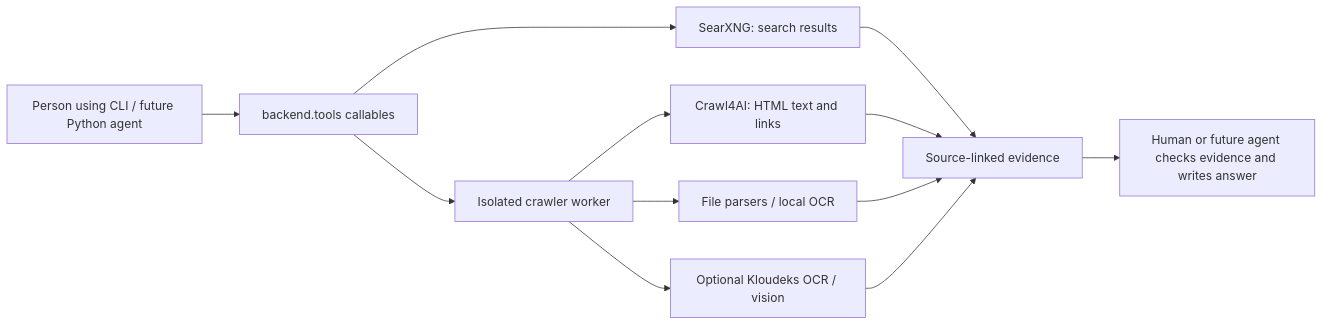
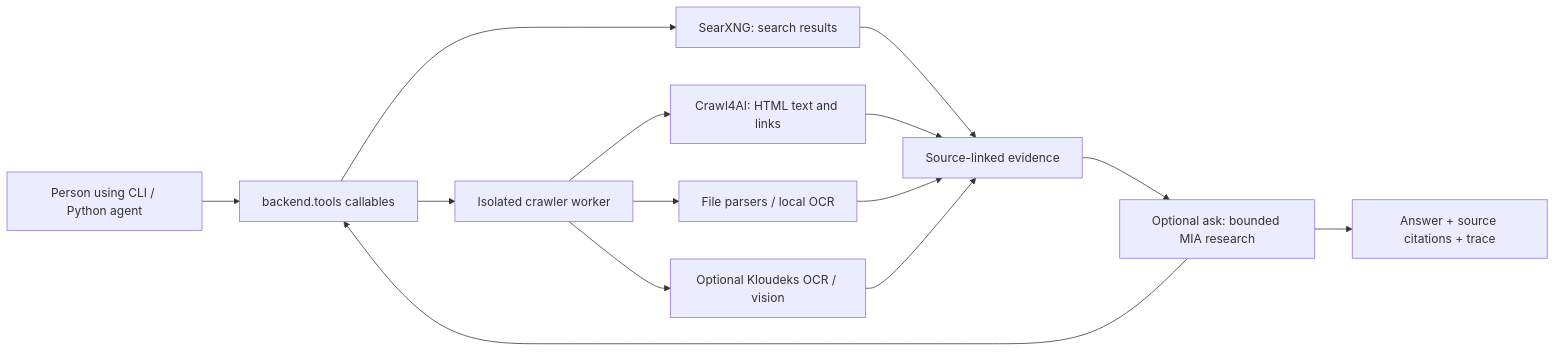
One commit to Erayisci/Agentic_Analysis_Coderspace changed the diagram in extensions/web_tools/README.md. Above: the diagram before and after it, drawn with Mermaid. The commit also changed other lines of this file and 36 other files, not shown here.

````diff
--- a/extensions/web_tools/README.md
+++ b/extensions/web_tools/README.md
@@ -69,14 +77,16 @@
 ```mermaid
 flowchart LR
-    Caller["Person using CLI / future Python agent"] --> Tools["backend.tools callables"]
+    Caller["Person using CLI / Python agent"] --> Tools["backend.tools callables"]
+    Research["Optional ask: bounded MIA research"] --> Tools
     Tools --> Search["SearXNG: search results"]
     Tools --> Worker["Isolated crawler worker"]
     Worker --> HTML["Crawl4AI: HTML text and links"]
     Worker --> Files["File parsers / local OCR"]
     Worker --> Model["Optional Kloudeks OCR / vision"]
     Search --> Evidence["Source-linked evidence"]
     HTML --> Evidence
     Files --> Evidence
     Model --> Evidence
-    Evidence --> Answer["Human or future agent checks evidence and writes answer"]
+    Evidence --> Research
+    Research --> Answer["Answer + source citations + trace"]
 ```
````
